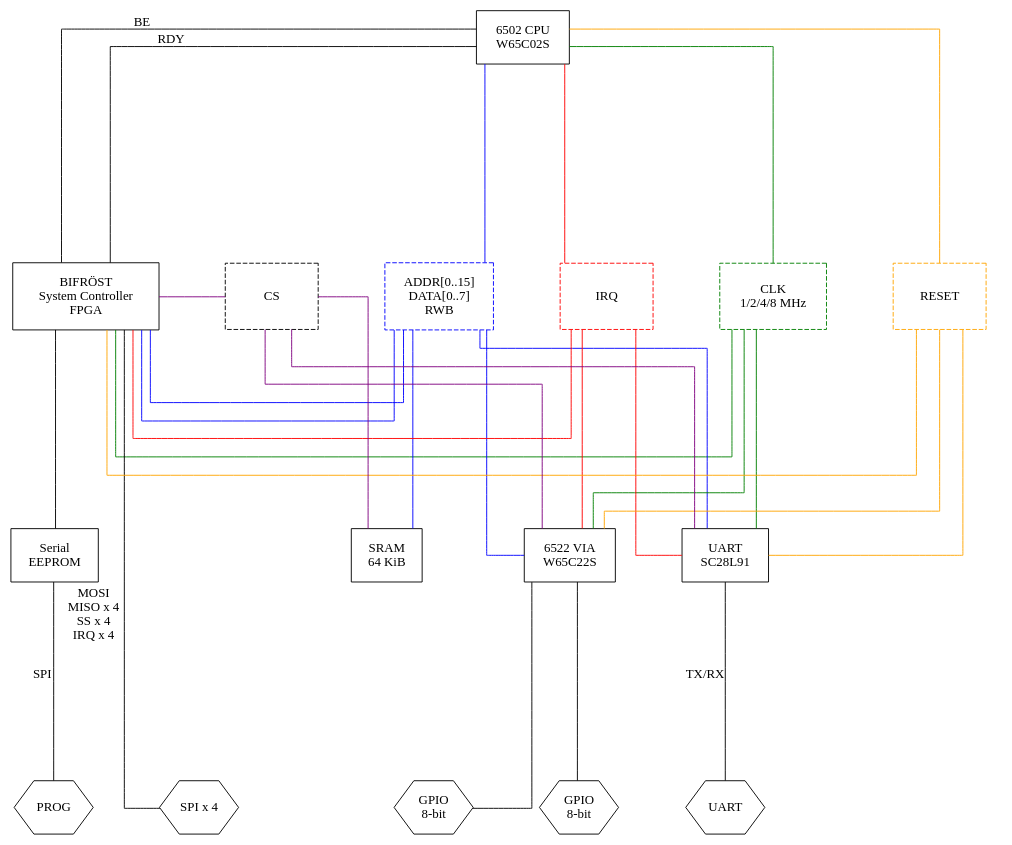
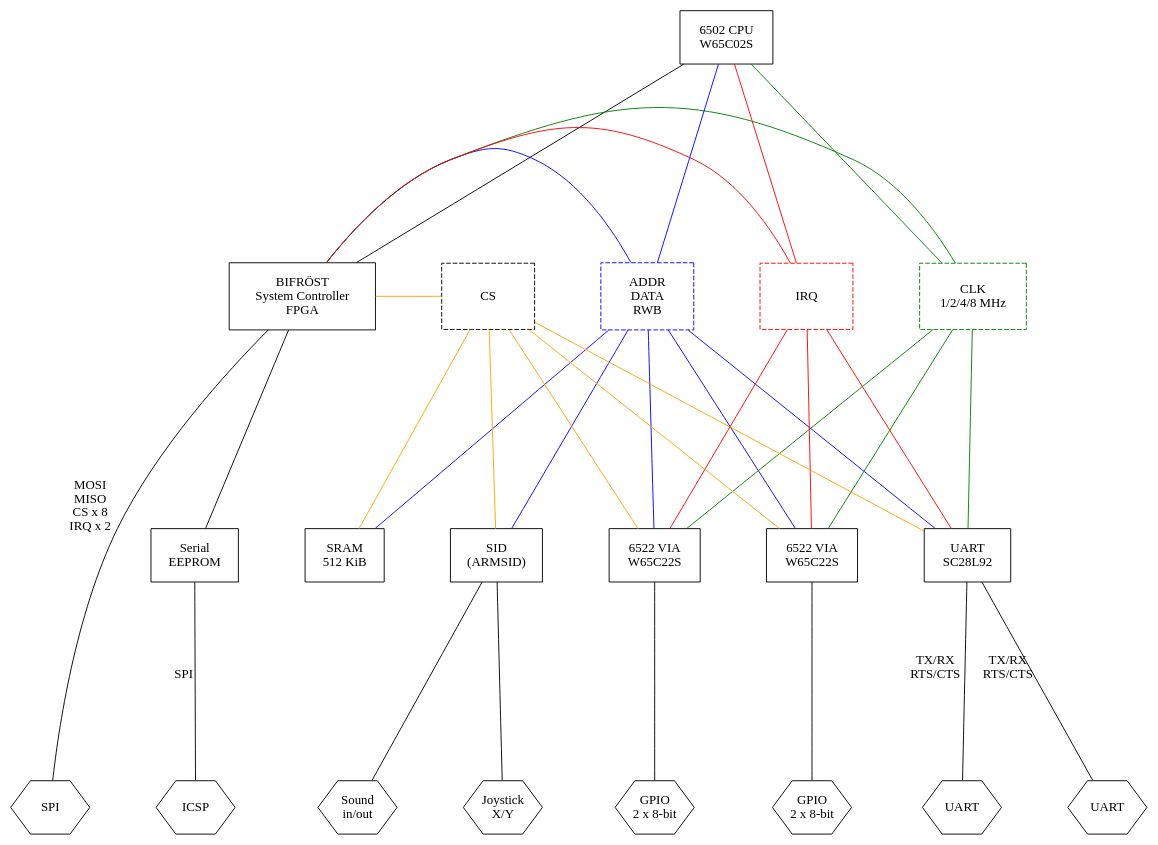
One commit to pda/pda6502v2 changed the diagram in docs/block.dot. Above: the diagram before and after it, drawn with Graphviz. The commit also changed 1 other file, not shown here.

Commit message:
docs: block diagram updated, less wrong.

```diff
--- a/docs/block.dot
+++ b/docs/block.dot
@@ -1,98 +1,101 @@
 graph block {
   node [shape = box, margin = 0.2]
   ranksep = 3.0
   nodesep = 1.0
-  splines = ortho
+  //splines = ortho
 
   6502 [label = "6502 CPU\nW65C02S"]
 
-  SYSCON [label = "BIFRÖST\nSystem Controller\nFPGA"]
+  BIFROST [label = "BIFRÖST\nSystem Controller\nFPGA"]
 
 
   // bus groups
   subgraph cluster_a {
     style = invisible
     rank = same
     node [style = dashed, width=1.4, height=1.0]
-    BUS [label = "ADDR[0..15]\nDATA[0..7]\nRWB", color = "blue"]
+    BUS [label = "ADDR\nDATA\nRWB", color = "blue"]
     CLK [label = "CLK\n1/2/4/8 MHz", color = "green"]
     IRQ [label = "IRQ", color = "red"]
-    RESET [label = "RESET", color = "orange"]
     CS [label = "CS"]
   }
 
   // system bus devices
   {
     rank = same
-    SRAM [label = "SRAM\n64 KiB"]
-    VIA [label = "6522 VIA\nW65C22S"]
-    UART [label = "UART\nSC28L91"]
+    SRAM [label = "SRAM\n512 KiB"]
+    VIA1 [label = "6522 VIA\nW65C22S"]
+    VIA2 [label = "6522 VIA\nW65C22S"]
+    UART [label = "UART\nSC28L92"]
+    SID [label = "SID\n(ARMSID)"]
     FLASH [label = "Serial\nEEPROM"]
   }
 
   // IO ports
   {
     rank = same
     node [shape = hexagon, width=1.2, height=0.8, margin=0]
-    GPIO1 [label = "GPIO\n8-bit"]
-    GPIO2 [label = "GPIO\n8-bit"]
-    SPI_PORT [label = "SPI x 4"]
-    UART_PORT [label = "UART"]
-    PROG [label = "PROG"]
+    GPIO1 [label = "GPIO\n2 x 8-bit"]
+    GPIO2 [label = "GPIO\n2 x 8-bit"]
+    SPI_PORT [label = "SPI"]
+    UART_PORT1 [label = "UART"]
+    UART_PORT2 [label = "UART"]
+    ICSP [label = "ICSP"]
+    SOUND [label = "Sound\nin/out"]
+    JOYSTICK [label = "Joystick\nX/Y"]
   }
 
-  SYSCON -- FLASH
-  FLASH -- PROG [xlabel = "SPI"]
+  BIFROST -- FLASH
+  FLASH -- ICSP [xlabel = "SPI"]
 
-  6502 -- SYSCON [xlabel = BE]
-  6502 -- SYSCON [xlabel = RDY]
+  6502 -- BIFROST
 
   {
-    VIA -- GPIO1
-    VIA -- GPIO2
-    SYSCON -- SPI_PORT [xlabel = "MOSI\nMISO x 4\nSS x 4\nIRQ x 4"]
-    UART -- UART_PORT [xlabel = "TX/RX"]
+    VIA1 -- GPIO1
+    VIA2 -- GPIO2
+    BIFROST -- SPI_PORT [xlabel = "MOSI\nMISO\nCS x 8\nIRQ x 2"]
+    UART -- UART_PORT1 [xlabel = "TX/RX\nRTS/CTS"]
+    UART -- UART_PORT2 [xlabel = "TX/RX\nRTS/CTS"]
+    SID -- SOUND
+    SID -- JOYSTICK
   }
 
   {
     edge [color = blue]
-    6502 -- BUS
-    SYSCON -- BUS
-    BUS -- SYSCON
+    BIFROST -- BUS
+    BUS -- 6502
     BUS -- SRAM
-    BUS -- VIA
+    BUS -- VIA1
+    BUS -- VIA2
     BUS -- UART
+    BUS -- SID
   }
 
   {
     edge [color = green]
-    SYSCON -- CLK
+    BIFROST -- CLK
     CLK -- 6502
-    CLK -- VIA
+    CLK -- VIA1
+    CLK -- VIA2
     CLK -- UART
-  }
-
-  {
-    edge [color = orange]
-    RESET -- SYSCON
-    RESET -- 6502
-    RESET -- VIA
-    RESET -- UART
   }
 
   {
     edge [color = red]
     6502 -- IRQ
-    IRQ -- VIA
+    IRQ -- VIA1
+    IRQ -- VIA2
     IRQ -- UART
-    IRQ -- SYSCON
+    IRQ -- BIFROST
   }
 
   {
-    edge [color = purple]
-    SYSCON -- CS
+    edge [color = orange]
+    BIFROST -- CS
     CS -- SRAM
-    CS -- VIA
+    CS -- VIA1
+    CS -- VIA2
     CS -- UART
+    CS -- SID
   }
 }
```
